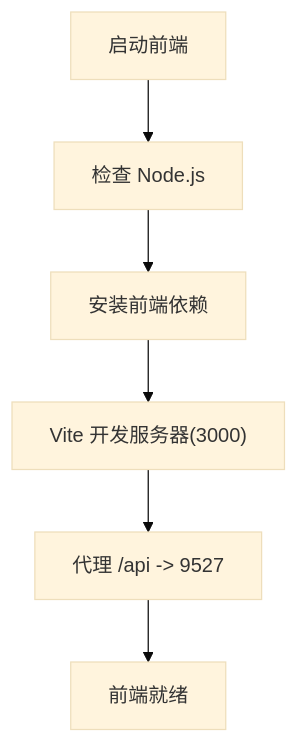
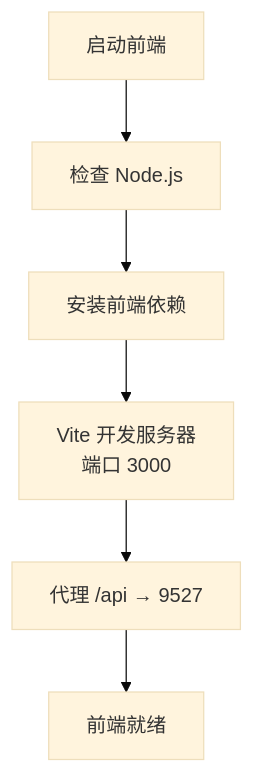
Before and after one commit to octsfm/InkTrace: the fourth of 7 diagrams in .qoder/repowiki/zh/content/快速开始.md, drawn with Mermaid (base theme). The commit also changed other lines of this file and 179 other files, not shown here.

````diff
--- a/.qoder/repowiki/zh/content/快速开始.md
+++ b/.qoder/repowiki/zh/content/快速开始.md
@@ -194,8 +146,8 @@
 ```mermaid
 flowchart TD
 FEStart["启动前端"] --> CheckNode["检查 Node.js"]
 CheckNode --> InstallFE["安装前端依赖"]
-InstallFE --> DevServer["Vite 开发服务器(3000)"]
-DevServer --> Proxy["代理 /api -> 9527"]
-Proxy --> ReadyFE["前端就绪"]
+InstallFE --> DevServer["Vite 开发服务器<br/>端口 3000"]
+DevServer --> Proxy["代理 /api → 9527"]
+Proxy --> FEReady["前端就绪"]
 ```
````
